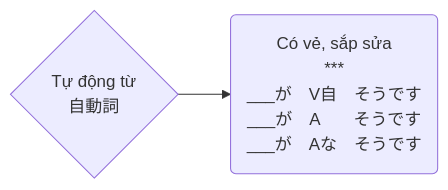
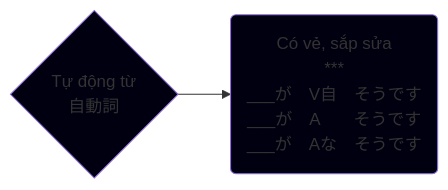
One commit to tea1504/learn changed the diagram in The/自動詞.md. Above: the diagram before and after it, drawn with Mermaid. The commit also changed 12 other files, not shown here.

````diff
--- a/The/自動詞.md
+++ b/The/自動詞.md
@@ -1,6 +1,9 @@
 ```mermaid
 graph LR;
     V{Tự động từ\n自動詞}
 
     V-->coVeSapSua(Có vẻ, sắp sửa\n***\n___が　V自　そうです\n___が　A　　そうです\n___が　Aな　そうです)
+
+    style V fill:#001
+    style coVeSapSua fill:#001
 ```
````
